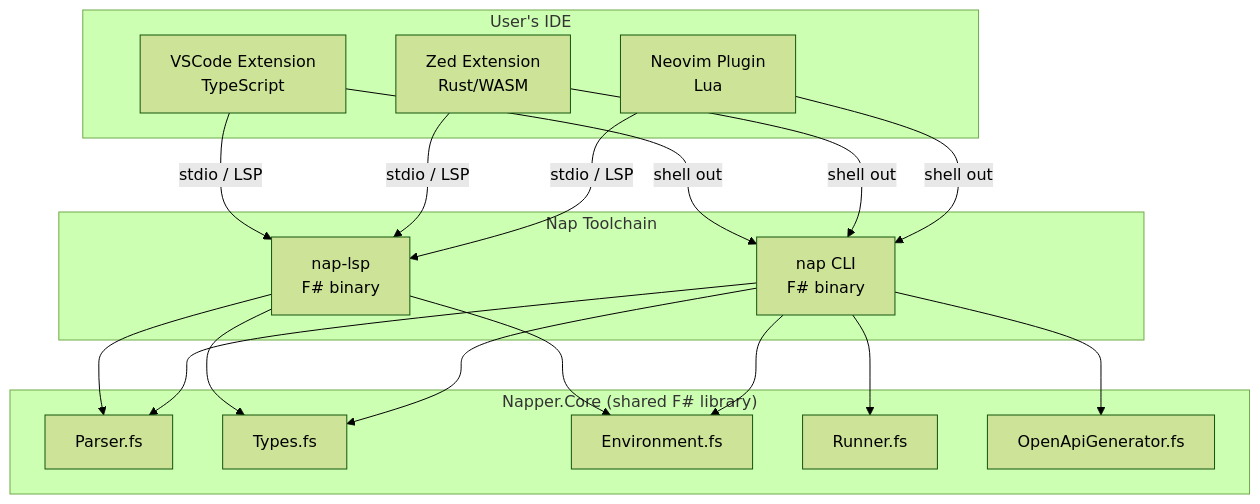
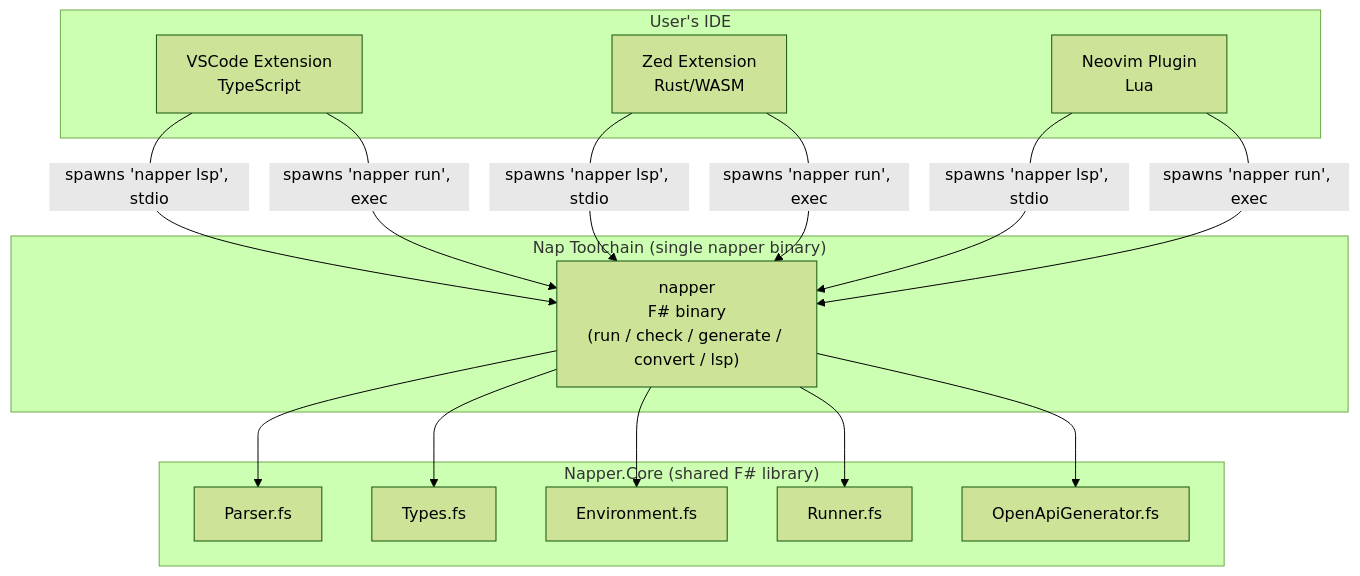
Before and after one commit to MelbourneDeveloper/napper: the first of 2 diagrams in docs/specs/IDE-EXTENSION-SPEC.md, drawn with Mermaid (forest theme). The commit also changed other lines of this file and 6 other files, not shown here.

````diff
--- a/docs/specs/IDE-EXTENSION-SPEC.md
+++ b/docs/specs/IDE-EXTENSION-SPEC.md
@@ -21,39 +21,34 @@
 ```mermaid
 graph TB
     subgraph "User's IDE"
         VS[VSCode Extension<br/>TypeScript]
         ZD[Zed Extension<br/>Rust/WASM]
         NV[Neovim Plugin<br/>Lua]
     end
 
-    subgraph "Nap Toolchain"
-        LSP[nap-lsp<br/>F# binary]
-        CLI[nap CLI<br/>F# binary]
+    subgraph "Nap Toolchain (single napper binary)"
+        NAPPER["napper<br/>F# binary<br/>(run / check / generate / convert / lsp)"]
     end
 
     subgraph "Napper.Core (shared F# library)"
         PARSER[Parser.fs]
         TYPES[Types.fs]
         ENV[Environment.fs]
         RUNNER[Runner.fs]
         OPENAPI[OpenApiGenerator.fs]
     end
 
-    VS -->|stdio / LSP| LSP
-    ZD -->|stdio / LSP| LSP
-    NV -->|stdio / LSP| LSP
+    VS -->|spawns 'napper lsp', stdio| NAPPER
+    ZD -->|spawns 'napper lsp', stdio| NAPPER
+    NV -->|spawns 'napper lsp', stdio| NAPPER
 
-    VS -->|shell out| CLI
-    ZD -->|shell out| CLI
-    NV -->|shell out| CLI
+    VS -->|spawns 'napper run', exec| NAPPER
+    ZD -->|spawns 'napper run', exec| NAPPER
+    NV -->|spawns 'napper run', exec| NAPPER
 
-    LSP --> PARSER
-    LSP --> TYPES
-    LSP --> ENV
-
-    CLI --> PARSER
-    CLI --> TYPES
-    CLI --> ENV
-    CLI --> RUNNER
-    CLI --> OPENAPI
+    NAPPER --> PARSER
+    NAPPER --> TYPES
+    NAPPER --> ENV
+    NAPPER --> RUNNER
+    NAPPER --> OPENAPI
 ```
````
